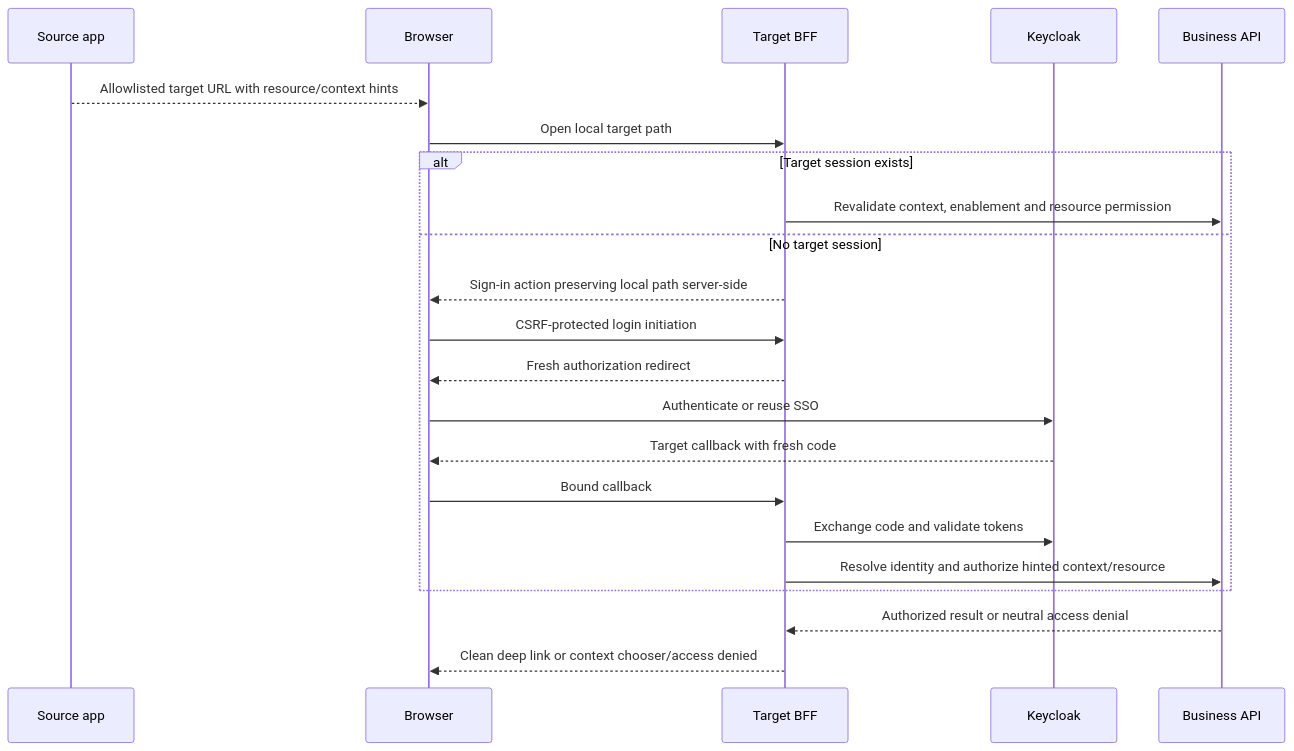
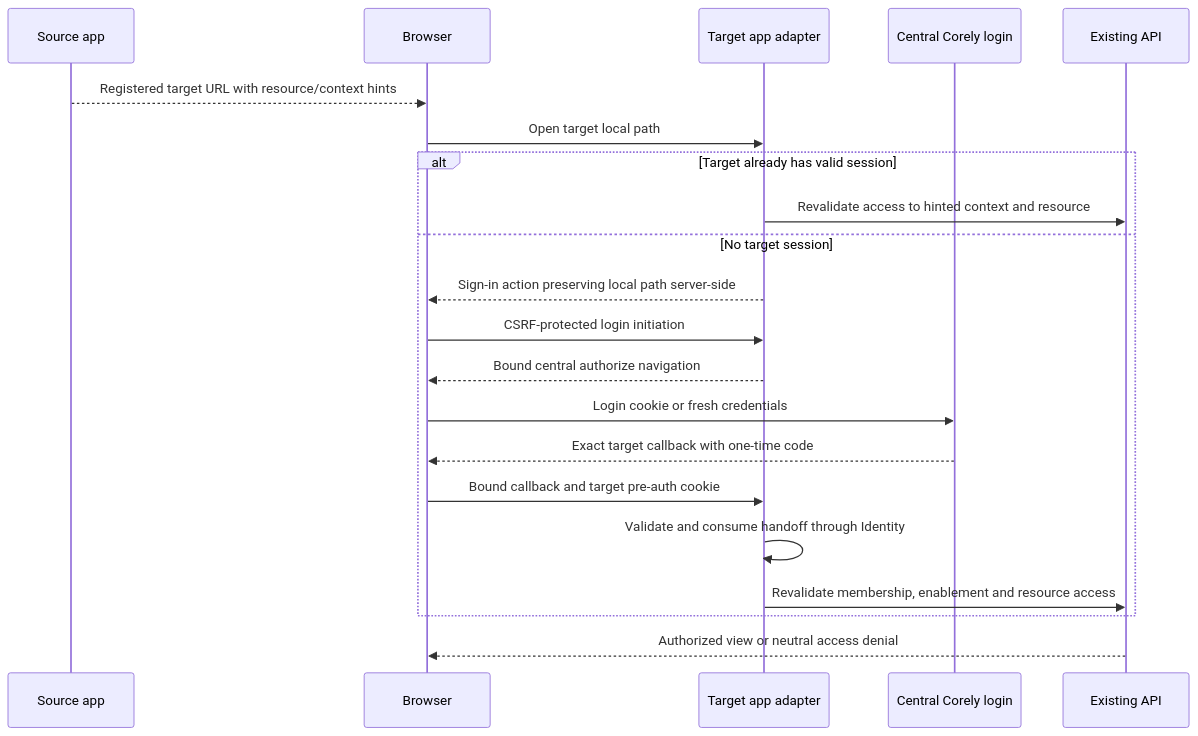
One commit to Corely-AI/corely changed the fifth of 5 diagrams in docs/decisions/ADR-0004-central-identity-app-sessions.md. Above: the diagram before and after it, drawn with Mermaid. The commit also changed other lines of this file and 2 other files, not shown here.

Commit message:
docs(auth): select Corely-native SSO per maintainer decision

````diff
--- a/docs/decisions/ADR-0004-central-identity-app-sessions.md
+++ b/docs/decisions/ADR-0004-central-identity-app-sessions.md
@@ -292,24 +326,23 @@
 ```mermaid
 sequenceDiagram
     participant Source as Source app
     participant Browser
-    participant Target as Target BFF
-    participant IdP as Keycloak
-    participant API as Business API
-    Source-->>Browser: Allowlisted target URL with resource/context hints
-    Browser->>Target: Open local target path
-    alt Target session exists
-        Target->>API: Revalidate context, enablement and resource permission
+    participant Target as Target app adapter
+    participant Login as Central Corely login
+    participant API as Existing API
+    Source-->>Browser: Registered target URL with resource/context hints
+    Browser->>Target: Open target local path
+    alt Target already has valid session
+        Target->>API: Revalidate access to hinted context and resource
     else No target session
         Target-->>Browser: Sign-in action preserving local path server-side
         Browser->>Target: CSRF-protected login initiation
-        Target-->>Browser: Fresh authorization redirect
-        Browser->>IdP: Authenticate or reuse SSO
-        IdP-->>Browser: Target callback with fresh code
-        Browser->>Target: Bound callback
-        Target->>IdP: Exchange code and validate tokens
-        Target->>API: Resolve identity and authorize hinted context/resource
+        Target-->>Browser: Bound central authorize navigation
+        Browser->>Login: Login cookie or fresh credentials
+        Login-->>Browser: Exact target callback with one-time code
+        Browser->>Target: Bound callback and target pre-auth cookie
+        Target->>Target: Validate and consume handoff through Identity
+        Target->>API: Revalidate membership, enablement and resource access
     end
-    API-->>Target: Authorized result or neutral access denial
-    Target-->>Browser: Clean deep link or context chooser/access denied
+    API-->>Browser: Authorized view or neutral access denial
 ```
````
